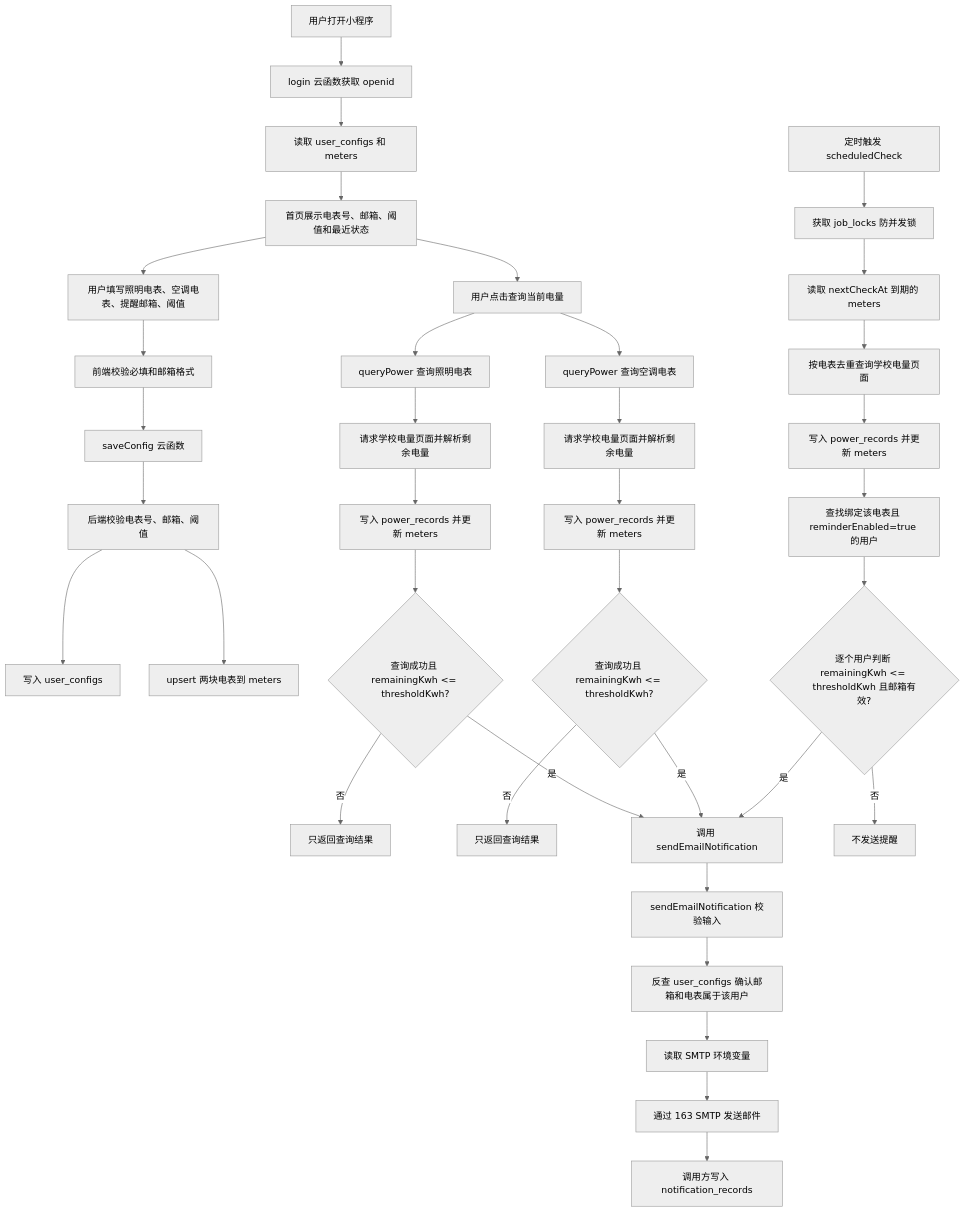
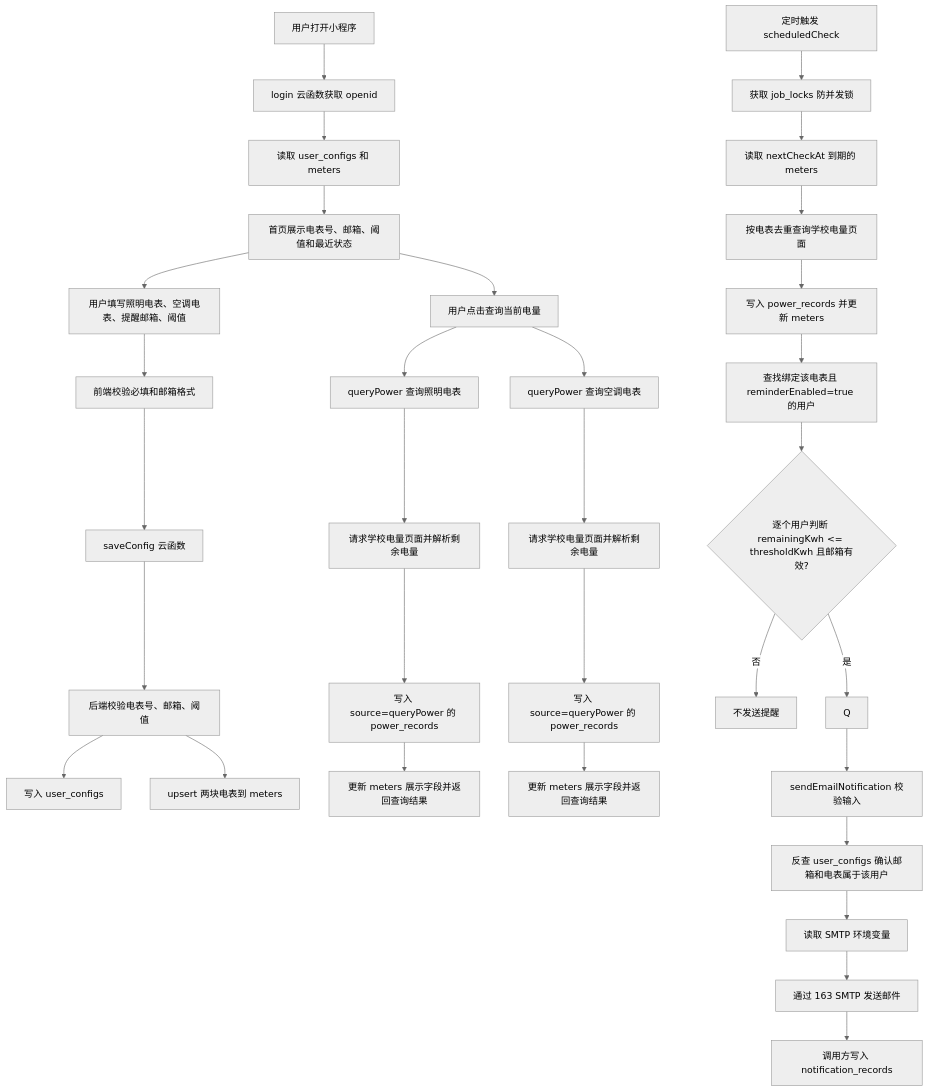
The diagram in docs/logic-flow.md (wtx1717/duaa-power-reminder), drawn with Mermaid (neutral theme) before and after one commit. The commit also changed other lines of this file and 10 other files, not shown here.

````diff
--- a/docs/logic-flow.md
+++ b/docs/logic-flow.md
@@ -5,42 +5,38 @@
 ```mermaid
 flowchart TD
   A["用户打开小程序"] --> B["login 云函数获取 openid"]
   B --> C["读取 user_configs 和 meters"]
   C --> D["首页展示电表号、邮箱、阈值和最近状态"]
 
   D --> E["用户填写照明电表、空调电表、提醒邮箱、阈值"]
   E --> F["前端校验必填和邮箱格式"]
   F --> G["saveConfig 云函数"]
   G --> H["后端校验电表号、邮箱、阈值"]
   H --> I["写入 user_configs"]
   H --> J["upsert 两块电表到 meters"]
 
   D --> K["用户点击查询当前电量"]
   K --> L1["queryPower 查询照明电表"]
   K --> L2["queryPower 查询空调电表"]
   L1 --> M1["请求学校电量页面并解析剩余电量"]
   L2 --> M2["请求学校电量页面并解析剩余电量"]
-  M1 --> N1["写入 power_records 并更新 meters"]
-  M2 --> N2["写入 power_records 并更新 meters"]
-  N1 --> O1{"查询成功且 remainingKwh <= thresholdKwh?"}
-  N2 --> O2{"查询成功且 remainingKwh <= thresholdKwh?"}
-  O1 -- "否" --> P1["只返回查询结果"]
-  O2 -- "否" --> P2["只返回查询结果"]
-  O1 -- "是" --> Q["调用 sendEmailNotification"]
-  O2 -- "是" --> Q
+  M1 --> N1["写入 source=queryPower 的 power_records"]
+  M2 --> N2["写入 source=queryPower 的 power_records"]
+  N1 --> P1["更新 meters 展示字段并返回查询结果"]
+  N2 --> P2["更新 meters 展示字段并返回查询结果"]
 
   R["定时触发 scheduledCheck"] --> S["获取 job_locks 防并发锁"]
   S --> T["读取 nextCheckAt 到期的 meters"]
   T --> U["按电表去重查询学校电量页面"]
   U --> V["写入 power_records 并更新 meters"]
   V --> W["查找绑定该电表且 reminderEnabled=true 的用户"]
   W --> X{"逐个用户判断 remainingKwh <= thresholdKwh 且邮箱有效?"}
   X -- "否" --> Y["不发送提醒"]
   X -- "是" --> Q
 
   Q --> Z["sendEmailNotification 校验输入"]
   Z --> AA["反查 user_configs 确认邮箱和电表属于该用户"]
   AA --> AB["读取 SMTP 环境变量"]
   AB --> AC["通过 163 SMTP 发送邮件"]
   AC --> AD["调用方写入 notification_records"]
 ```
````
